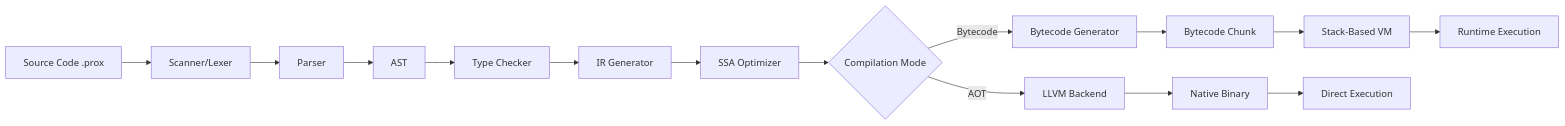
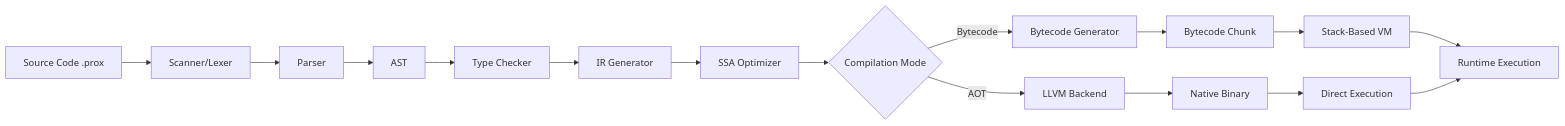
The diagram in README.md (ProgrammerKR/ProXPL), drawn with Mermaid before and after one commit. The commit also changed other lines of this file, not shown here.

Commit message:
docs: Update version badge and roadmap to 0.5.0-pre, refine roadmap status and completed items, and add a diagram connection.

````diff
--- a/README.md
+++ b/README.md
@@ -359,17 +359,18 @@
 ```mermaid
 graph LR
     A[Source Code .prox] --> B[Scanner/Lexer]
     B --> C[Parser]
     C --> D[AST]
     D --> E[Type Checker]
     E --> F[IR Generator]
     F --> G[SSA Optimizer]
     G --> H{Compilation Mode}
     H -->|Bytecode| I[Bytecode Generator]
     H -->|AOT| J[LLVM Backend]
     I --> K[Bytecode Chunk]
     J --> L[Native Binary]
     K --> M[Stack-Based VM]
     L --> N[Direct Execution]
     M --> O[Runtime Execution]
+    N --> O
 ```
````
